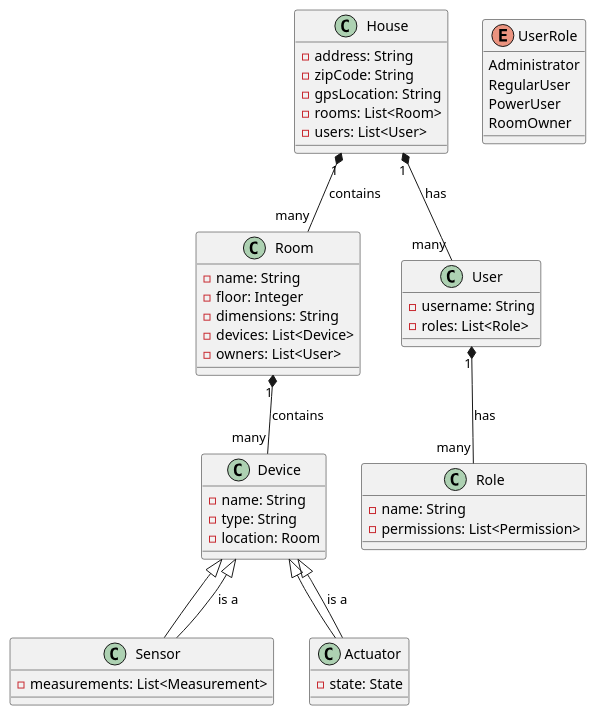
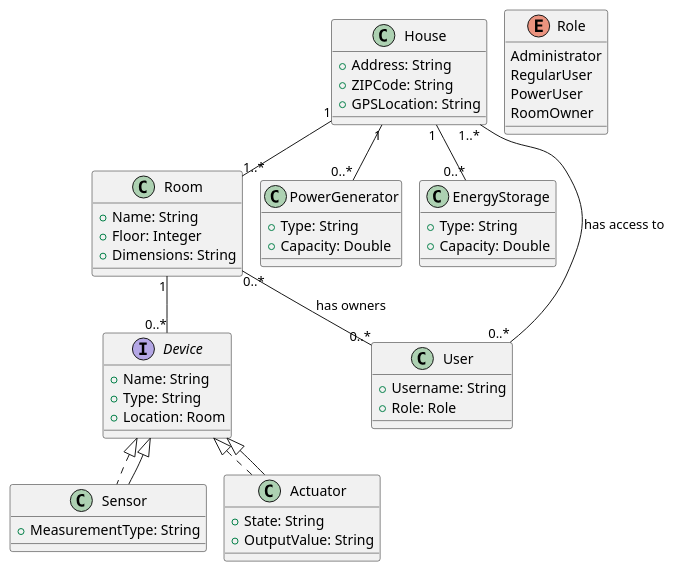
The diagram in Docs/DomainModel.puml (rueloParente/rueloSwitch), drawn with PlantUML before and after one commit. The commit also changed 16 other files, not shown here.

Commit message:
Started project + uml

```diff
--- a/Docs/DomainModel.puml
+++ b/Docs/DomainModel.puml
@@ -1,56 +1,65 @@
 @startuml
+!pragma layout smetana
+' Define interface and classes
 
 class House {
-    - address: String
-    - zipCode: String
-    - gpsLocation: String
-    - rooms: List<Room>
-    - users: List<User>
+  + Address: String
+  + ZIPCode: String
+  + GPSLocation: String
 }
 
 class Room {
-    - name: String
-    - floor: Integer
-    - dimensions: String
-    - devices: List<Device>
-    - owners: List<User>
+  + Name: String
+  + Floor: Integer
+  + Dimensions: String
 }
 
-class Device {
-    - name: String
-    - type: String
-    - location: Room
+class PowerGenerator {
+  + Type: String
+  + Capacity: Double
 }
 
-class Sensor extends Device {
-    - measurements: List<Measurement>
-}
-
-class Actuator extends Device {
-    - state: State
+class EnergyStorage {
+  + Type: String
+  + Capacity: Double
 }
 
 class User {
-    - username: String
-    - roles: List<Role>
+  + Username: String
+  + Role: Role
+}
+interface Device {
+  + Name: String
+  + Type: String
+  + Location: Room
 }
 
-class Role {
-    - name: String
-    - permissions: List<Permission>
+class Sensor implements Device {
+  + MeasurementType: String
 }
 
-enum UserRole {
-    Administrator
-    RegularUser
-    PowerUser
-    RoomOwner
+class Actuator implements Device {
+  + State: String
+  + OutputValue: String
 }
 
-House "1" *-- "many" Room : contains
-Room "1" *-- "many" Device : contains
-Device <|-- Sensor : is a
-Device <|-- Actuator : is a
-House "1" *-- "many" User : has
-User "1" *-- "many" Role : has
+enum Role {
+  Administrator
+  RegularUser
+  PowerUser
+  RoomOwner
+}
+
+' Define relationships
+House "1" -- "1..*" Room
+Room "1" -- "0..*" Device
+User "0..*" -- "1..*" House : has access to >
+House "1" -- "0..*" PowerGenerator
+House "1" -- "0..*" EnergyStorage
+Room "0..*" -- "0..*" User : has owners >
+
+' Define inheritance
+Device <|-- Sensor
+Device <|-- Actuator
+
 @enduml
```
